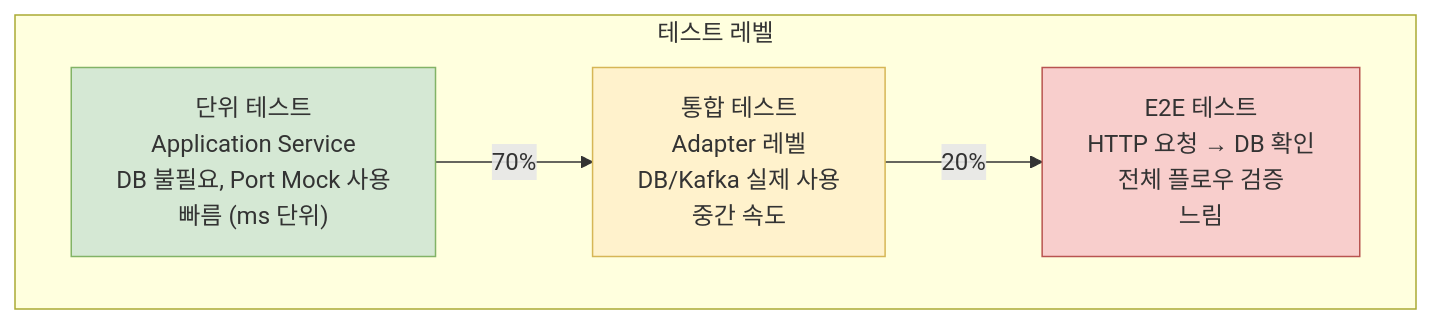
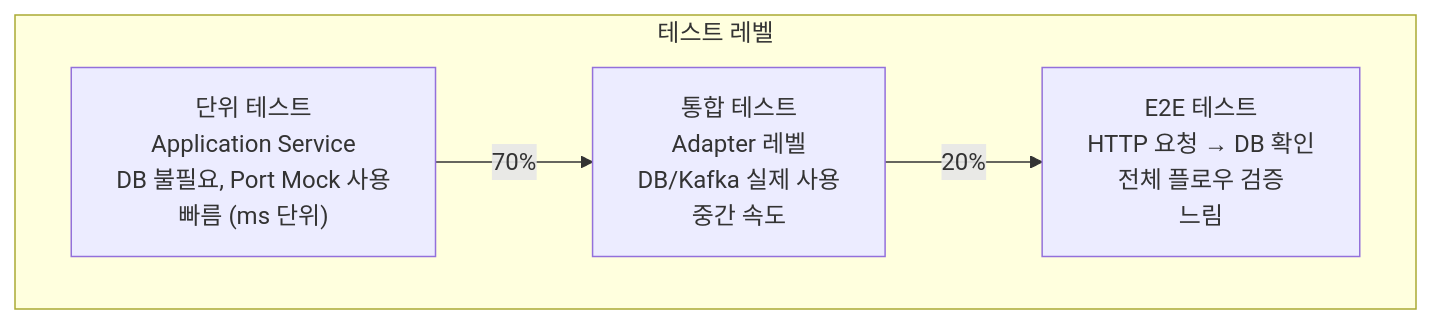
Before and after one commit to yjkim2015/yjkim2015.github.io: the third of 4 diagrams in _posts/architecture/2026-05-01-hexagonal.md, drawn with Mermaid. The commit also changed other lines of this file and 215 other files, not shown here.

First line of the commit message:
신규 포스트 10개 추가 + Mermaid 전면 축소 + SystemDesign 시리즈 보강

````diff
--- a/_posts/architecture/2026-05-01-hexagonal.md
+++ b/_posts/architecture/2026-05-01-hexagonal.md
@@ -314,19 +272,11 @@
 ```mermaid
 graph TD
     subgraph "테스트 레벨"
         UT["단위 테스트\nApplication Service\nDB 불필요, Port Mock 사용\n빠름 (ms 단위)"]
         IT["통합 테스트\nAdapter 레벨\nDB/Kafka 실제 사용\n중간 속도"]
         E2E["E2E 테스트\nHTTP 요청 → DB 확인\n전체 플로우 검증\n느림"]
     end
-
     UT -->|"70%"| IT
     IT -->|"20%"| E2E
-
-    classDef ut fill:#D5E8D4,stroke:#82B366
-    classDef it fill:#FFF2CC,stroke:#D6B656
-    classDef e2e fill:#F8CECC,stroke:#B85450
-
-    class UT ut
-    class IT it
     class E2E e2e
 ```
````
